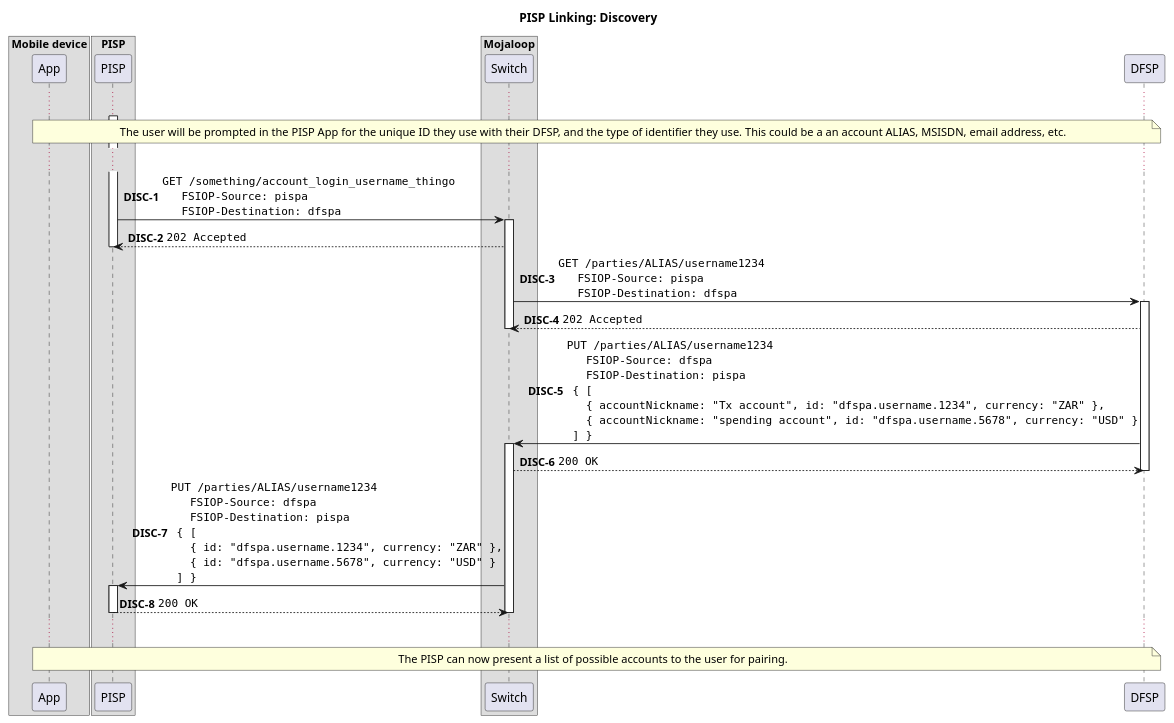
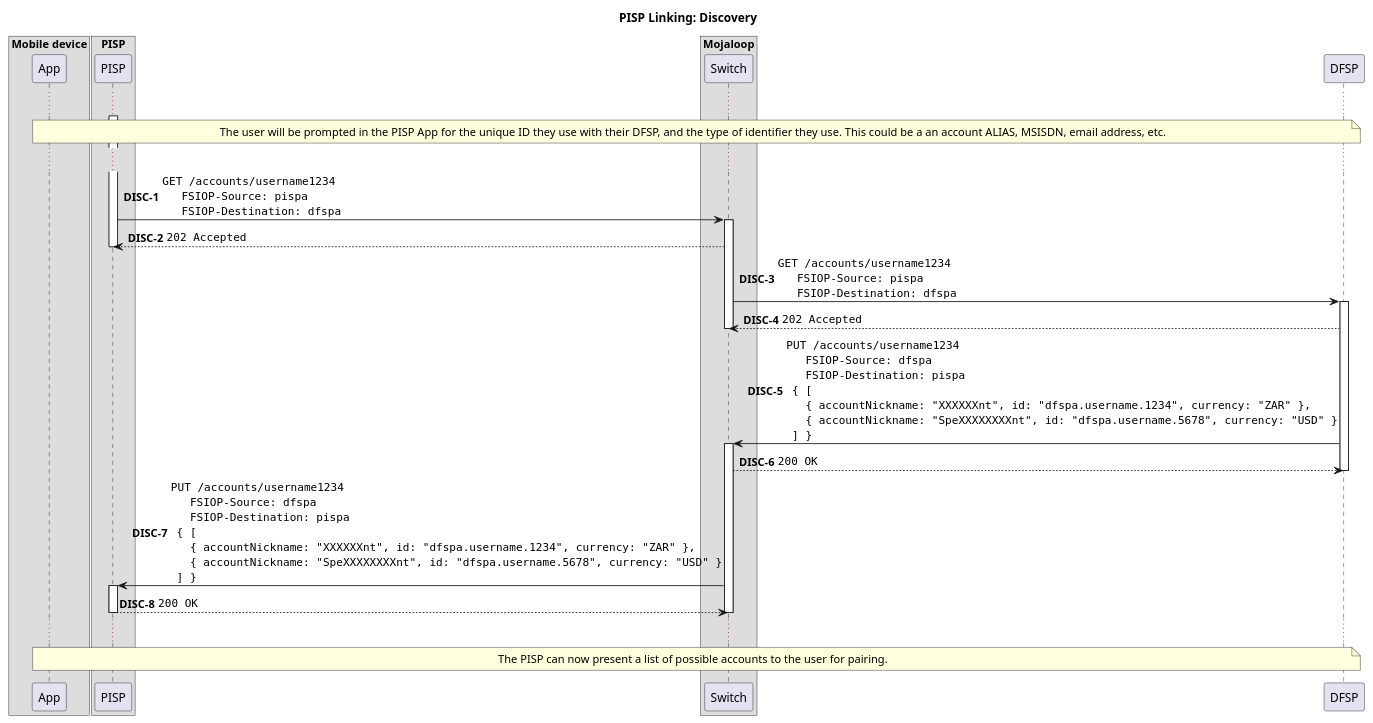
Before and after one commit to mojaloop/pisp-project: the diagram in docs/linking/1-discovery.puml, drawn with PlantUML. The commit also changed 5 other files, not shown here.

```diff
--- a/docs/linking/1-discovery.puml
+++ b/docs/linking/1-discovery.puml
@@ -1,69 +1,69 @@
 @startuml
 
 title PISP Linking: Discovery
 
 box "Mobile device"
     participant App
 end box
 
 box "PISP"
     participant PISP
 end box
 
 box "Mojaloop"
     participant Switch
 end box
 
 participant DFSP
 
 autonumber 1 "<b>DISC-#</b>"
 activate PISP
 
 ...
 
 note over App, DFSP
   The user will be prompted in the PISP App for the unique ID they use with their DFSP, and the type of identifier they use. This could be a an account ALIAS, MSISDN, email address, etc.
 end note
 
 ...
 
-PISP -> Switch ++: ""GET /something/account_login_username_thingo""\n\
+PISP -> Switch ++: ""GET /accounts/username1234""\n\
   ""  FSIOP-Source: pispa""\n\
   ""  FSIOP-Destination: dfspa""
 Switch --> PISP: ""202 Accepted""
 deactivate PISP
 
-Switch -> DFSP ++: ""GET /parties/ALIAS/username1234""\n\
+Switch -> DFSP ++: ""GET /accounts/username1234""\n\
   ""  FSIOP-Source: pispa""\n\
   ""  FSIOP-Destination: dfspa""
 DFSP --> Switch: ""202 Accepted""
 deactivate Switch
 
-DFSP -> Switch ++: ""PUT /parties/ALIAS/username1234""\n\
+DFSP -> Switch ++: ""PUT /accounts/username1234""\n\
   ""  FSIOP-Source: dfspa""\n\
   ""  FSIOP-Destination: pispa""\n\
   ""{ [""\n\
-  ""  { accountNickname: "Tx account", id: "dfspa.username.1234", currency: "ZAR" },""\n\
-  ""  { accountNickname: "spending account", id: "dfspa.username.5678", currency: "USD" }""\n\
+  ""  { accountNickname: "XXXXXXnt", id: "dfspa.username.1234", currency: "ZAR" },""\n\
+  ""  { accountNickname: "SpeXXXXXXXXnt", id: "dfspa.username.5678", currency: "USD" }""\n\
   ""] }""
 Switch --> DFSP: ""200 OK""
 deactivate DFSP
 
-Switch -> PISP ++: ""PUT /parties/ALIAS/username1234""\n\
+Switch -> PISP ++: ""PUT /accounts/username1234""\n\
   ""  FSIOP-Source: dfspa""\n\
   ""  FSIOP-Destination: pispa""\n\
   ""{ [""\n\
-  ""  { id: "dfspa.username.1234", currency: "ZAR" },""\n\
-  ""  { id: "dfspa.username.5678", currency: "USD" }""\n\
+  ""  { accountNickname: "XXXXXXnt", id: "dfspa.username.1234", currency: "ZAR" },""\n\
+  ""  { accountNickname: "SpeXXXXXXXXnt", id: "dfspa.username.5678", currency: "USD" }""\n\
   ""] }""
 PISP --> Switch: ""200 OK""
 deactivate Switch
 deactivate PISP
 
 ...
 
 note over App, DFSP
   The PISP can now present a list of possible accounts to the user for pairing.
 end note
 
 @enduml
```
